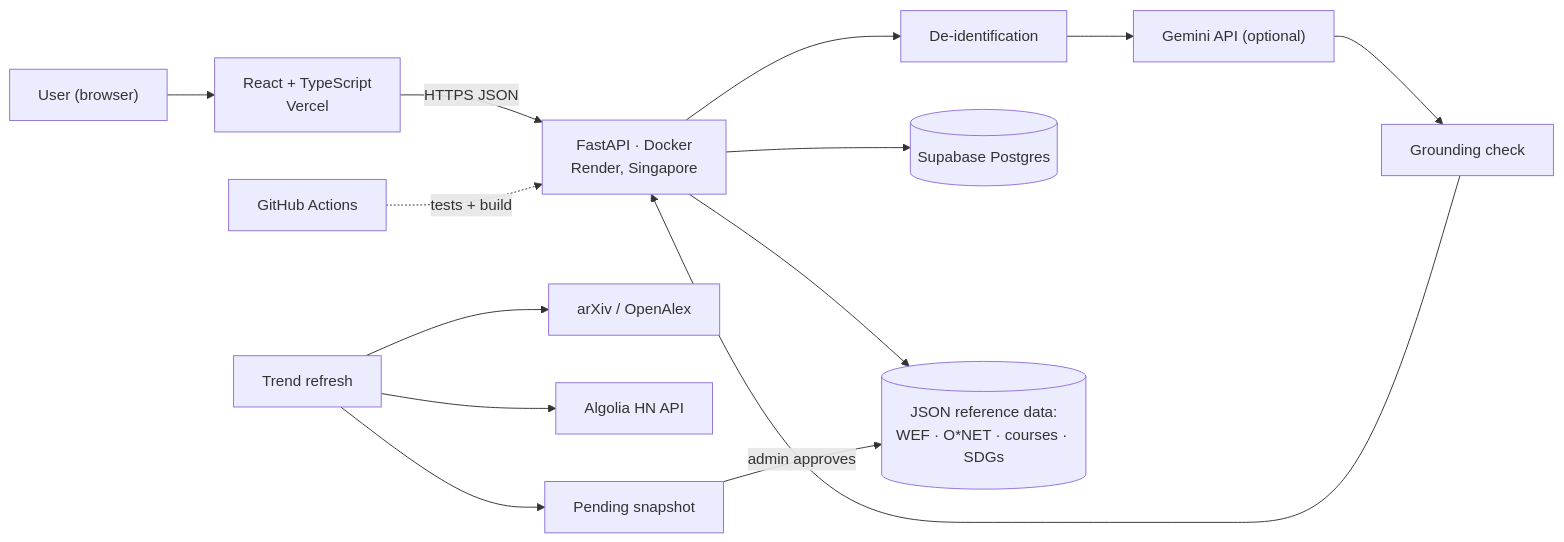
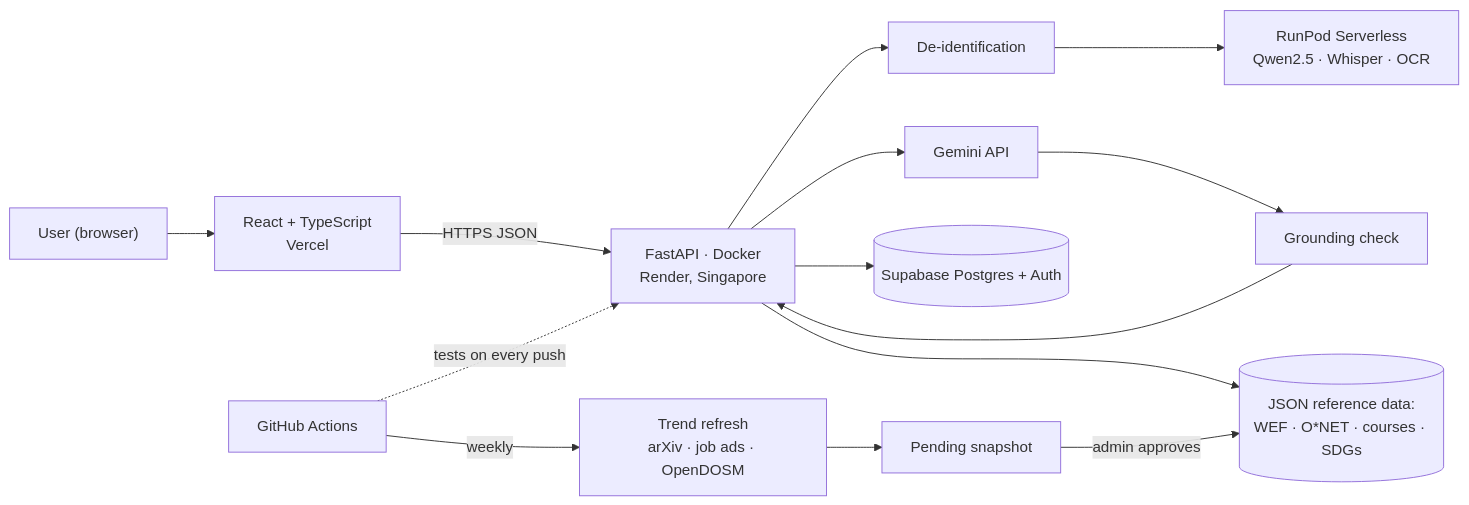
Before and after one commit to tanhongsheng050204-code/SDC-HACKATHON-2026---MADE-IN-UTM: the diagram in docs/submission/SDC2026_MadeInUTM_TechDeclaration.md, drawn with Mermaid. The commit also changed other lines of this file and 5 other files, not shown here.

````diff
--- a/docs/submission/SDC2026_MadeInUTM_TechDeclaration.md
+++ b/docs/submission/SDC2026_MadeInUTM_TechDeclaration.md
@@ -188,13 +198,12 @@
 ```mermaid
 flowchart LR
     U["User (browser)"] --> FE["React + TypeScript<br/>Vercel"]
     FE -->|HTTPS JSON| API["FastAPI · Docker<br/>Render, Singapore"]
-    API --> DEID["De-identification"] --> G["Gemini API (optional)"]
-    G --> GR["Grounding check"] --> API
-    API --> DB[("Supabase Postgres")]
+    API --> DEID["De-identification"] --> RP["RunPod Serverless<br/>Qwen2.5 · Whisper · OCR"]
+    API --> G["Gemini API"] --> GR["Grounding check"] --> API
+    API --> DB[("Supabase Postgres + Auth")]
     API --> REF[("JSON reference data:<br/>WEF · O*NET · courses · SDGs")]
-    T["Trend refresh"] --> AX["arXiv / OpenAlex"]
-    T --> HN["Algolia HN API"]
+    CI["GitHub Actions"] -->|weekly| T["Trend refresh<br/>arXiv · job ads · OpenDOSM"]
     T --> P["Pending snapshot"] -->|admin approves| REF
-    CI["GitHub Actions"] -.->|tests + build| API
+    CI -.->|tests on every push| API
 ```
````
